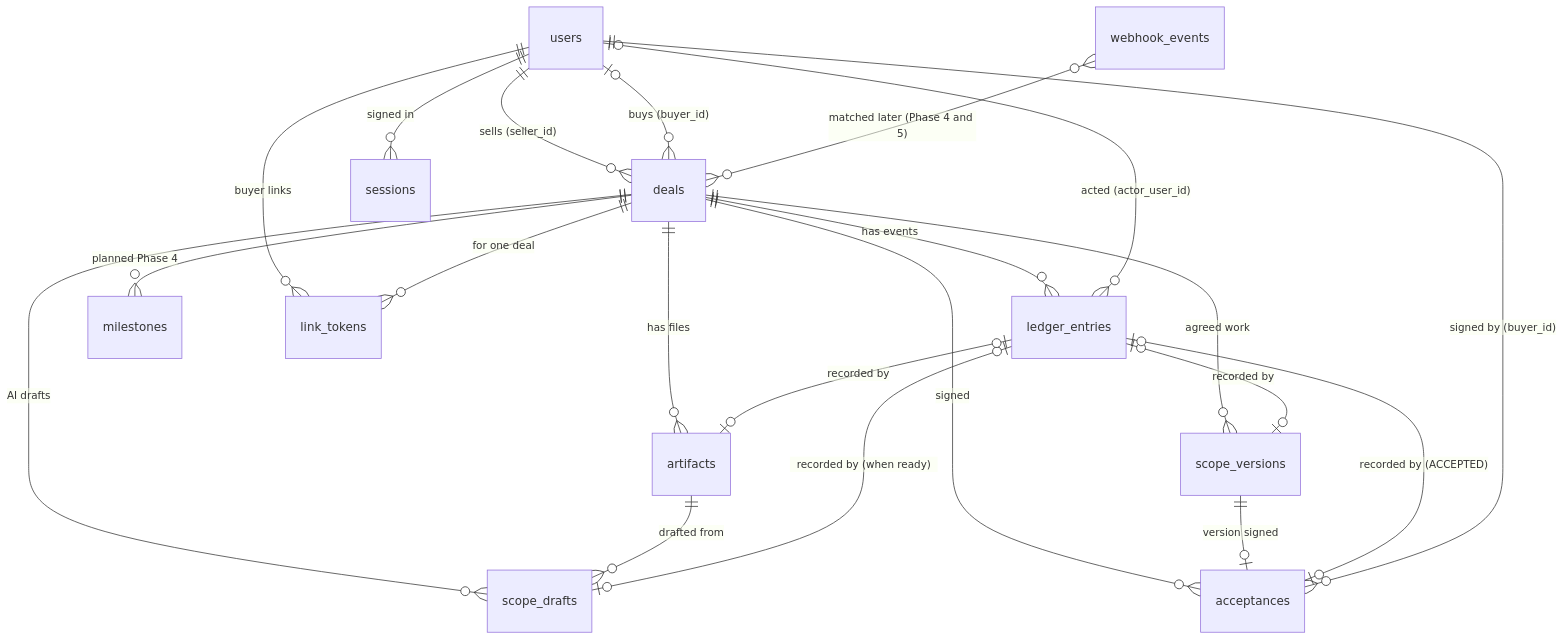
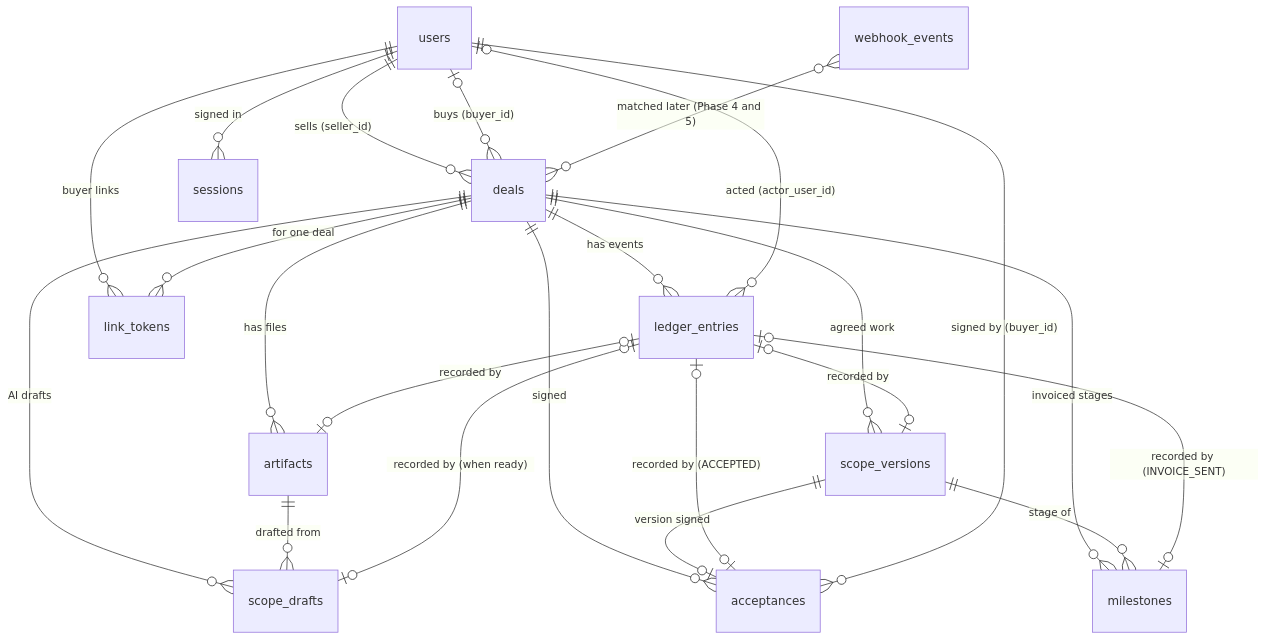
Before and after one commit to sushantpatil2899/pactpal: the diagram in docs/data-model.md, drawn with Mermaid. The commit also changed other lines of this file and 21 other files, not shown here.

First line of the commit message:
Send a PayPal invoice for each payment stage of a signed deal

````diff
--- a/docs/data-model.md
+++ b/docs/data-model.md
@@ -5,23 +5,25 @@
 ```mermaid
 erDiagram
   users ||--o{ deals : "sells (seller_id)"
   users |o--o{ deals : "buys (buyer_id)"
   deals ||--o{ ledger_entries : "has events"
   users |o--o{ ledger_entries : "acted (actor_user_id)"
   deals ||--o{ scope_versions : "agreed work"
   ledger_entries |o--o| scope_versions : "recorded by"
   deals ||--o{ acceptances : "signed"
   scope_versions ||--o| acceptances : "version signed"
   ledger_entries |o--o| acceptances : "recorded by (ACCEPTED)"
   users ||--o{ acceptances : "signed by (buyer_id)"
-  deals ||--o{ milestones : "planned Phase 4"
+  deals ||--o{ milestones : "invoiced stages"
+  scope_versions ||--o{ milestones : "stage of"
+  ledger_entries |o--o| milestones : "recorded by (INVOICE_SENT)"
   deals ||--o{ artifacts : "has files"
   deals ||--o{ scope_drafts : "AI drafts"
   artifacts ||--o{ scope_drafts : "drafted from"
   ledger_entries |o--o| scope_drafts : "recorded by (when ready)"
   ledger_entries |o--o| artifacts : "recorded by"
   webhook_events }o--o{ deals : "matched later (Phase 4 and 5)"
   users ||--o{ sessions : "signed in"
   users ||--o{ link_tokens : "buyer links"
   deals ||--o{ link_tokens : "for one deal"
 ```
````
